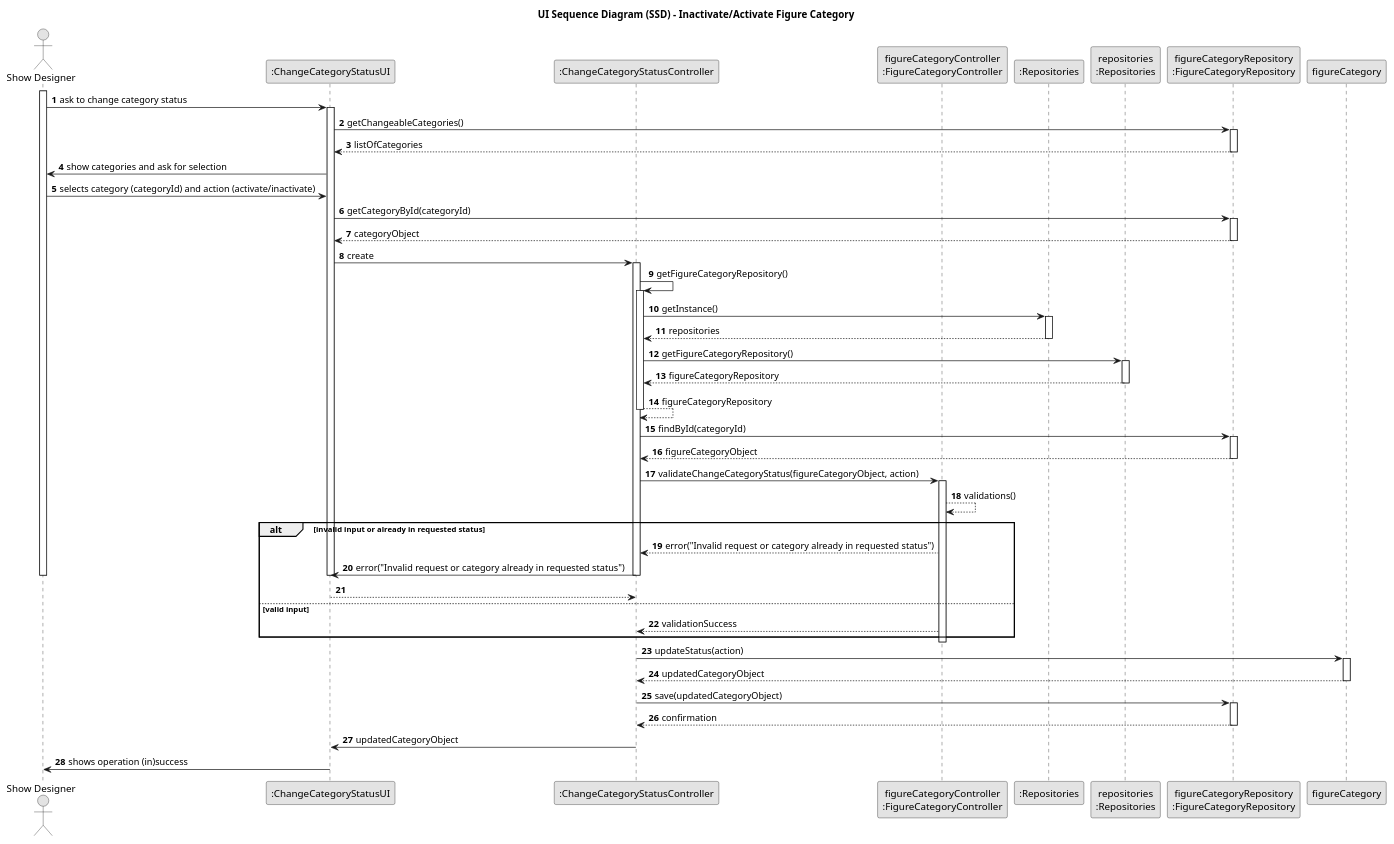
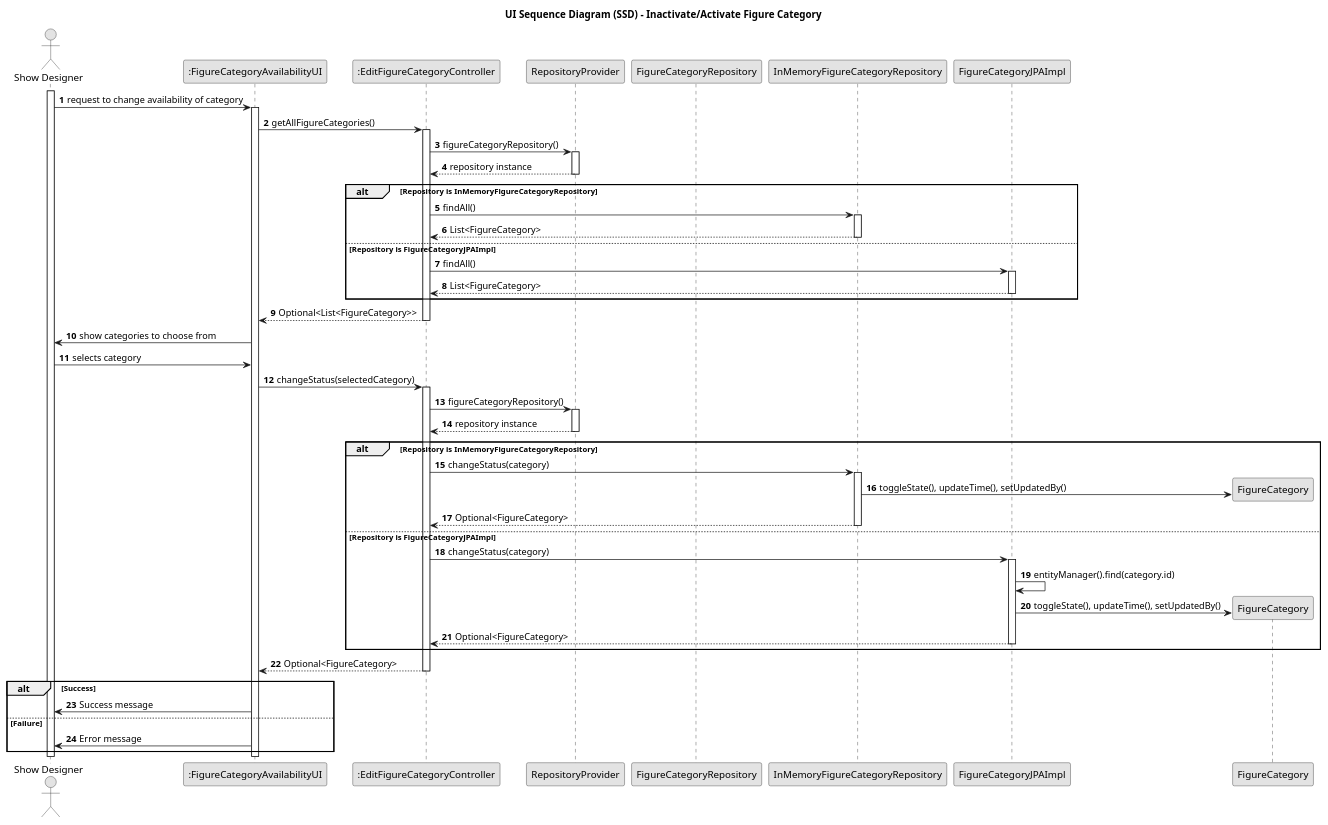
Before and after one commit to SAEmanuel/Shodrone_ISEP: the diagram in docs/planning/sprint2/EAPLI/US248 - InactivateActivate figure category/03.design/puml/us248-sequence-diagram-full.puml, drawn with PlantUML. The commit also changed 2 other files, not shown here.

```diff
--- a/docs/planning/sprint2/EAPLI/US248 - InactivateActivate figure category/03.design/puml/us248-sequence-diagram-full.puml
+++ b/docs/planning/sprint2/EAPLI/US248 - InactivateActivate figure category/03.design/puml/us248-sequence-diagram-full.puml
@@ -1,95 +1,85 @@
 @startuml
 skinparam monochrome true
 skinparam packageStyle rectangle
 skinparam shadowing false
 
 title UI Sequence Diagram (SSD) - Inactivate/Activate Figure Category
 
 autonumber
 
-actor "Show Designer" as showDesigner
-participant ":ChangeCategoryStatusUI" as UI
-participant ":ChangeCategoryStatusController" as CTRL
-participant "figureCategoryController\n:FigureCategoryController" as catCtrl
-participant ":Repositories" as RepositorySingleton
-participant "repositories\n:Repositories" as PLAT
-participant "figureCategoryRepository\n:FigureCategoryRepository" as catRepo
+actor "Show Designer" as SD
+participant ":FigureCategoryAvailabilityUI" as UI
+participant ":EditFigureCategoryController" as CTRL
+participant "RepositoryProvider" as Provider
+participant "FigureCategoryRepository" as Repo
+participant "InMemoryFigureCategoryRepository" as InMemRepo
+participant "FigureCategoryJPAImpl" as JpaRepo
+participant "FigureCategory" as Category
 
-activate showDesigner
+activate SD
+SD -> UI : request to change availability of category
+activate UI
 
-    showDesigner -> UI : ask to change category status
-    activate UI
+UI -> CTRL : getAllFigureCategories()
+activate CTRL
 
-    UI -> catRepo : getChangeableCategories()
-    activate catRepo
-        catRepo --> UI : listOfCategories
-    deactivate catRepo
+CTRL -> Provider : figureCategoryRepository()
+activate Provider
+Provider --> CTRL : repository instance
+deactivate Provider
 
-    UI -> showDesigner : show categories and ask for selection
-    showDesigner -> UI : selects category (categoryId) and action (activate/inactivate)
+alt Repository is InMemoryFigureCategoryRepository
+    CTRL -> InMemRepo : findAll()
+    activate InMemRepo
+    InMemRepo --> CTRL : List<FigureCategory>
+    deactivate InMemRepo
+else Repository is FigureCategoryJPAImpl
+    CTRL -> JpaRepo : findAll()
+    activate JpaRepo
+    JpaRepo --> CTRL : List<FigureCategory>
+    deactivate JpaRepo
+end
 
-    UI -> catRepo : getCategoryById(categoryId)
-    activate catRepo
-        catRepo --> UI : categoryObject
-    deactivate catRepo
+CTRL --> UI : Optional<List<FigureCategory>>
+deactivate CTRL
 
-    UI -> CTRL : create
-    activate CTRL
+UI -> SD : show categories to choose from
 
-        CTRL -> CTRL : getFigureCategoryRepository()
-        activate CTRL
+SD -> UI : selects category
+UI -> CTRL : changeStatus(selectedCategory)
+activate CTRL
 
-            CTRL -> RepositorySingleton : getInstance()
-            activate RepositorySingleton
+CTRL -> Provider : figureCategoryRepository()
+activate Provider
+Provider --> CTRL : repository instance
+deactivate Provider
 
-                RepositorySingleton --> CTRL: repositories
-            deactivate RepositorySingleton
+alt Repository is InMemoryFigureCategoryRepository
+    CTRL -> InMemRepo : changeStatus(category)
+    activate InMemRepo
+    InMemRepo -> Category** : toggleState(), updateTime(), setUpdatedBy()
+    InMemRepo --> CTRL : Optional<FigureCategory>
+    deactivate InMemRepo
+    deactivate Category
+else Repository is FigureCategoryJPAImpl
+    CTRL -> JpaRepo : changeStatus(category)
+    activate JpaRepo
+    JpaRepo -> JpaRepo : entityManager().find(category.id)
+    JpaRepo -> Category** : toggleState(), updateTime(), setUpdatedBy()
+    deactivate Category
+    JpaRepo --> CTRL : Optional<FigureCategory>
+    deactivate JpaRepo
+end
 
-            CTRL -> PLAT : getFigureCategoryRepository()
-            activate PLAT
+CTRL --> UI : Optional<FigureCategory>
+deactivate CTRL
 
-                PLAT --> CTRL: figureCategoryRepository
-            deactivate PLAT
-            CTRL --> CTRL : figureCategoryRepository
-
-        deactivate CTRL
-
-        CTRL -> catRepo : findById(categoryId)
-        activate catRepo
-            catRepo --> CTRL : figureCategoryObject
-        deactivate catRepo
-
-        CTRL -> catCtrl : validateChangeCategoryStatus(figureCategoryObject, action)
-        activate catCtrl
-            catCtrl --> catCtrl : validations()
-            alt invalid input or already in requested status
-                catCtrl --> CTRL : error("Invalid request or category already in requested status")
-                CTRL -> UI : error("Invalid request or category already in requested status")
-                deactivate CTRL
-                deactivate UI
-                deactivate showDesigner
-                return
-            else valid input
-                catCtrl --> CTRL : validationSuccess
-            end
-        deactivate catCtrl
-
-        CTRL -> figureCategory : updateStatus(action)
-        activate figureCategory
-            figureCategory --> CTRL : updatedCategoryObject
-        deactivate figureCategory
-
-        CTRL -> catRepo : save(updatedCategoryObject)
-        activate catRepo
-            catRepo --> CTRL : confirmation
-        deactivate catRepo
-
-        CTRL -> UI : updatedCategoryObject
-    deactivate CTRL
-
-    UI -> showDesigner : shows operation (in)success
+alt Success
+    UI -> SD : Success message
+else Failure
+    UI -> SD : Error message
+end
 
 deactivate UI
-deactivate showDesigner
-
+deactivate SD
 @enduml
```
